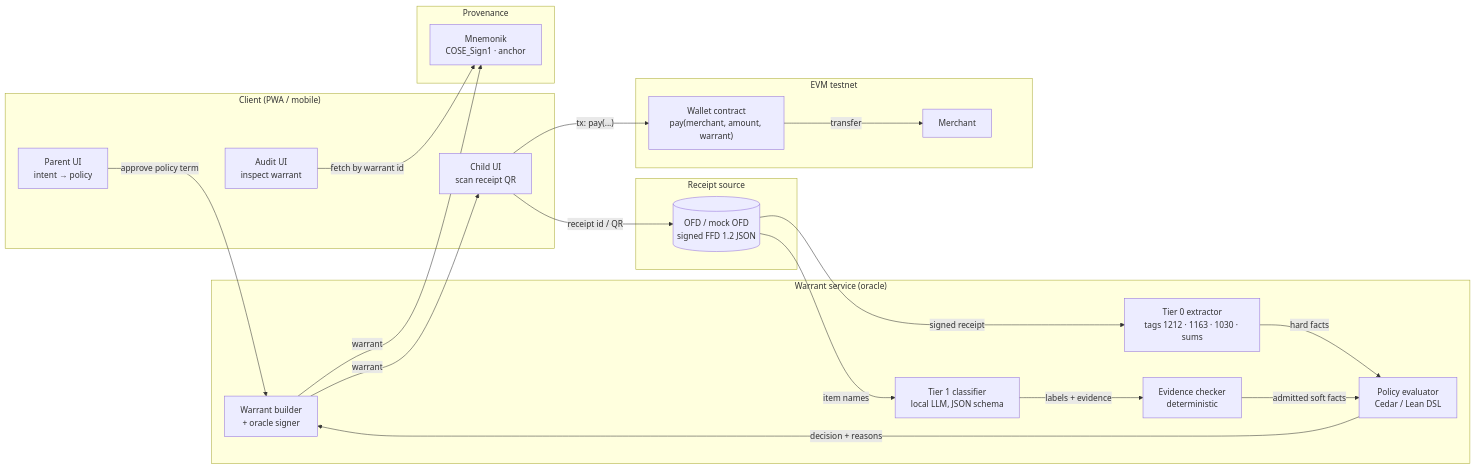
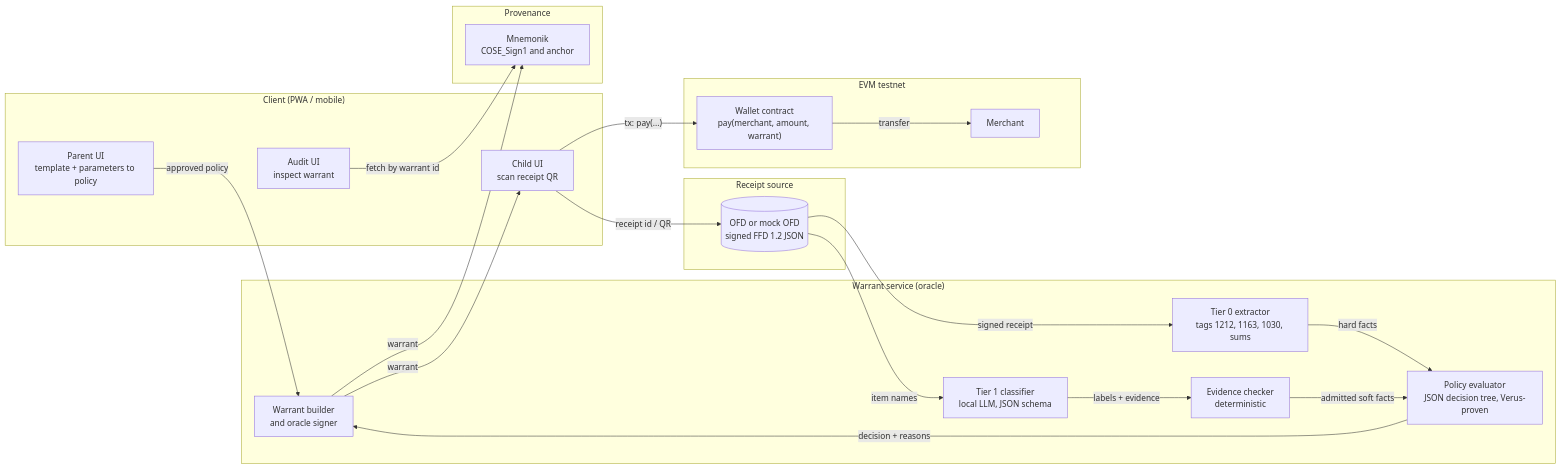
One commit to mnemonik-xyz/warrant changed the first of 7 diagrams in tech-design.md. Above: the diagram before and after it, drawn with Mermaid. The commit also changed other lines of this file, not shown here.

First line of the commit message:
docs: tech-design describes the current release; fix diagrams; sealed A2A note (#5)

````diff
--- a/tech-design.md
+++ b/tech-design.md
@@ -42,43 +44,43 @@
 ```mermaid
 flowchart LR
   subgraph Client["Client (PWA / mobile)"]
-    P[Parent UI<br/>intent → policy]
-    K[Child UI<br/>scan receipt QR]
-    A[Audit UI<br/>inspect warrant]
+    P["Parent UI<br/>template + parameters to policy"]
+    K["Child UI<br/>scan receipt QR"]
+    A["Audit UI<br/>inspect warrant"]
   end
 
   subgraph Source["Receipt source"]
-    OFD[(OFD / mock OFD<br/>signed FFD 1.2 JSON)]
+    OFD[("OFD or mock OFD<br/>signed FFD 1.2 JSON")]
   end
 
   subgraph WS["Warrant service (oracle)"]
-    T0[Tier 0 extractor<br/>tags 1212 · 1163 · 1030 · sums]
-    T1[Tier 1 classifier<br/>local LLM, JSON schema]
-    EC[Evidence checker<br/>deterministic]
-    EV[Policy evaluator<br/>Cedar / Lean DSL]
-    WB[Warrant builder<br/>+ oracle signer]
+    T0["Tier 0 extractor<br/>tags 1212, 1163, 1030, sums"]
+    T1["Tier 1 classifier<br/>local LLM, JSON schema"]
+    EC["Evidence checker<br/>deterministic"]
+    EV["Policy evaluator<br/>JSON decision tree, Verus-proven"]
+    WB["Warrant builder<br/>and oracle signer"]
   end
 
   subgraph Prov["Provenance"]
-    MN[Mnemonik<br/>COSE_Sign1 · anchor]
+    MN["Mnemonik<br/>COSE_Sign1 and anchor"]
   end
 
   subgraph Chain["EVM testnet"]
     W["Wallet contract<br/>pay(merchant, amount, warrant)"]
     M[Merchant]
   end
 
-  P -- "approve policy term" --> WB
+  P -- "approved policy" --> WB
   K -- "receipt id / QR" --> OFD
   OFD -- "signed receipt" --> T0
   OFD -- "item names" --> T1
   T1 -- "labels + evidence" --> EC
   T0 -- "hard facts" --> EV
   EC -- "admitted soft facts" --> EV
   EV -- "decision + reasons" --> WB
   WB -- "warrant" --> MN
   WB -- "warrant" --> K
   K -- "tx: pay(...)" --> W
   W -- "transfer" --> M
   A -- "fetch by warrant id" --> MN
 ```
````
